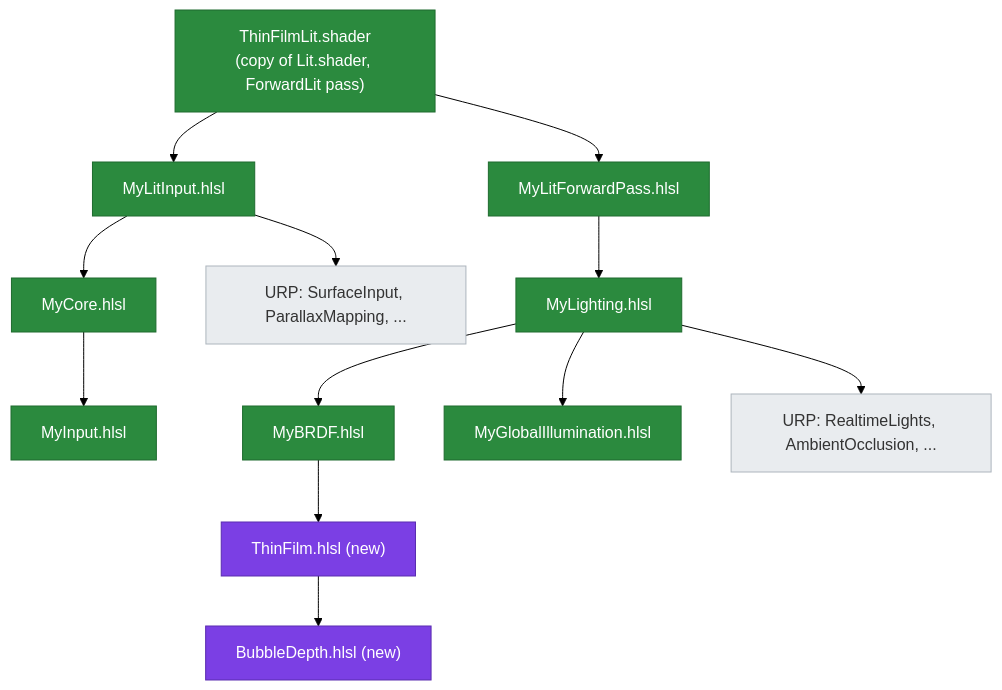
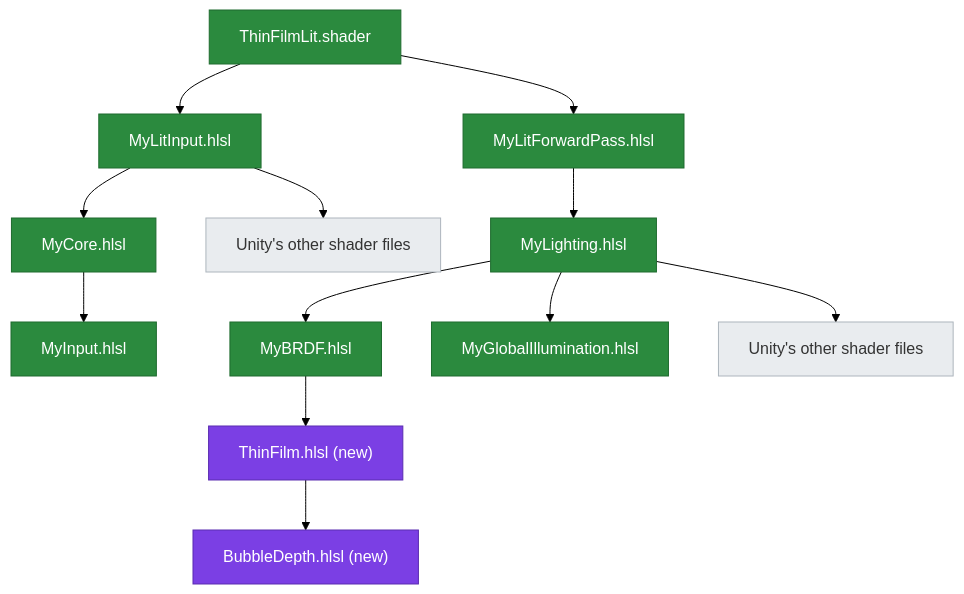
The diagram in README.md (rattus-developus/PBR-Thin-Films-Unity), drawn with Mermaid (forest theme) before and after one commit. The commit also changed other lines of this file, not shown here.

````diff
--- a/README.md
+++ b/README.md
@@ -277,29 +204,29 @@
 ```mermaid
 graph TD
-    S["ThinFilmLit.shader<br/>(copy of Lit.shader, ForwardLit pass)"]
+    S["ThinFilmLit.shader"]
     LI["MyLitInput.hlsl"]
     FP["MyLitForwardPass.hlsl"]
     CO["MyCore.hlsl"]
     IN["MyInput.hlsl"]
     LG["MyLighting.hlsl"]
     BR["MyBRDF.hlsl"]
     GI["MyGlobalIllumination.hlsl"]
     TF["ThinFilm.hlsl (new)"]
     BD["BubbleDepth.hlsl (new)"]
-    U1["URP: SurfaceInput, ParallaxMapping, ..."]
-    U2["URP: RealtimeLights, AmbientOcclusion, ..."]
+    U1["Unity's other shader files"]
+    U2["Unity's other shader files"]
 
     S --> LI --> CO --> IN
     LI --> U1
     S --> FP --> LG
     LG --> BR --> TF --> BD
     LG --> GI
     LG --> U2
 
     classDef new fill:#7b3fe4,color:#fff,stroke:#5a2cb0;
     classDef mod fill:#2b8a3e,color:#fff,stroke:#1e6b2e;
     classDef stock fill:#e9ecef,color:#333,stroke:#adb5bd;
     class TF,BD new;
     class S,LI,FP,CO,IN,LG,BR,GI mod;
     class U1,U2 stock;
 ```
````
